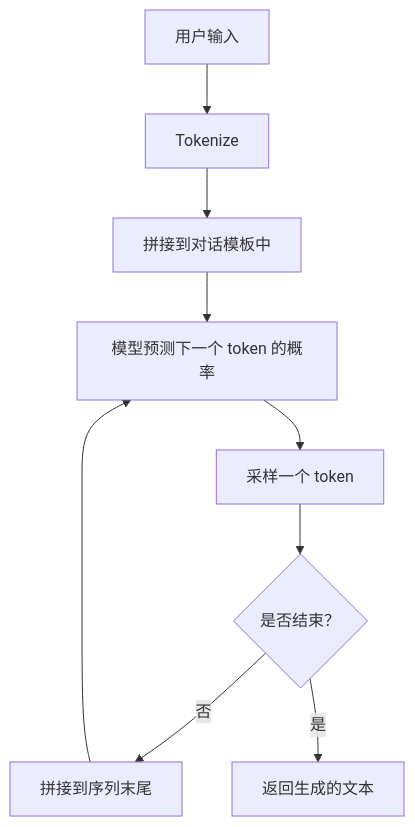
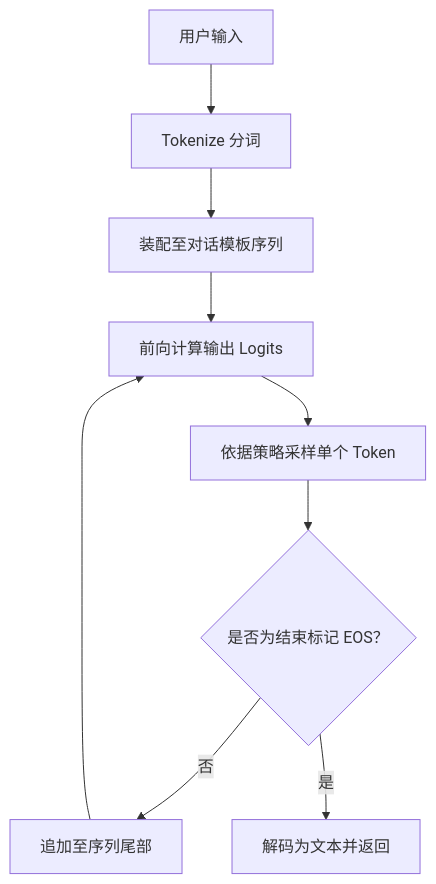
One commit to yingwang/thinking-in-llm changed the second of 3 diagrams in chapters/01-next-token.md. Above: the diagram before and after it, drawn with Mermaid. The commit also changed other lines of this file and 31 other files, not shown here.

````diff
--- a/chapters/01-next-token.md
+++ b/chapters/01-next-token.md
@@ -366,11 +363,11 @@
 ```mermaid
 graph TD
-    A[用户输入] --> B[Tokenize]
-    B --> C[拼接到对话模板中]
-    C --> D[模型预测下一个 token 的概率]
-    D --> E[采样一个 token]
-    E --> F{是否结束？}
-    F -->|否| G[拼接到序列末尾]
+    A[用户输入] --> B[Tokenize 分词]
+    B --> C[装配至对话模板序列]
+    C --> D[前向计算输出 Logits]
+    D --> E[依据策略采样单个 Token]
+    E --> F{是否为结束标记 EOS？}
+    F -->|否| G[追加至序列尾部]
     G --> D
-    F -->|是| H[返回生成的文本]
+    F -->|是| H[解码为文本并返回]
 ```
````
